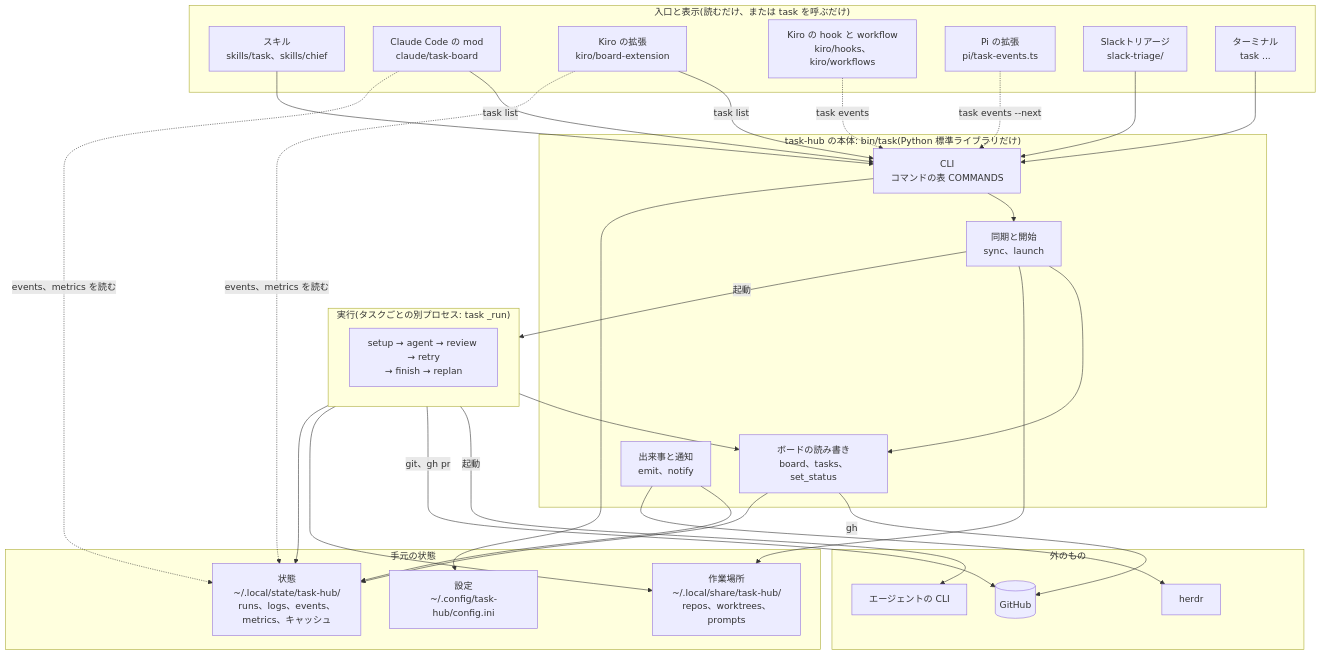
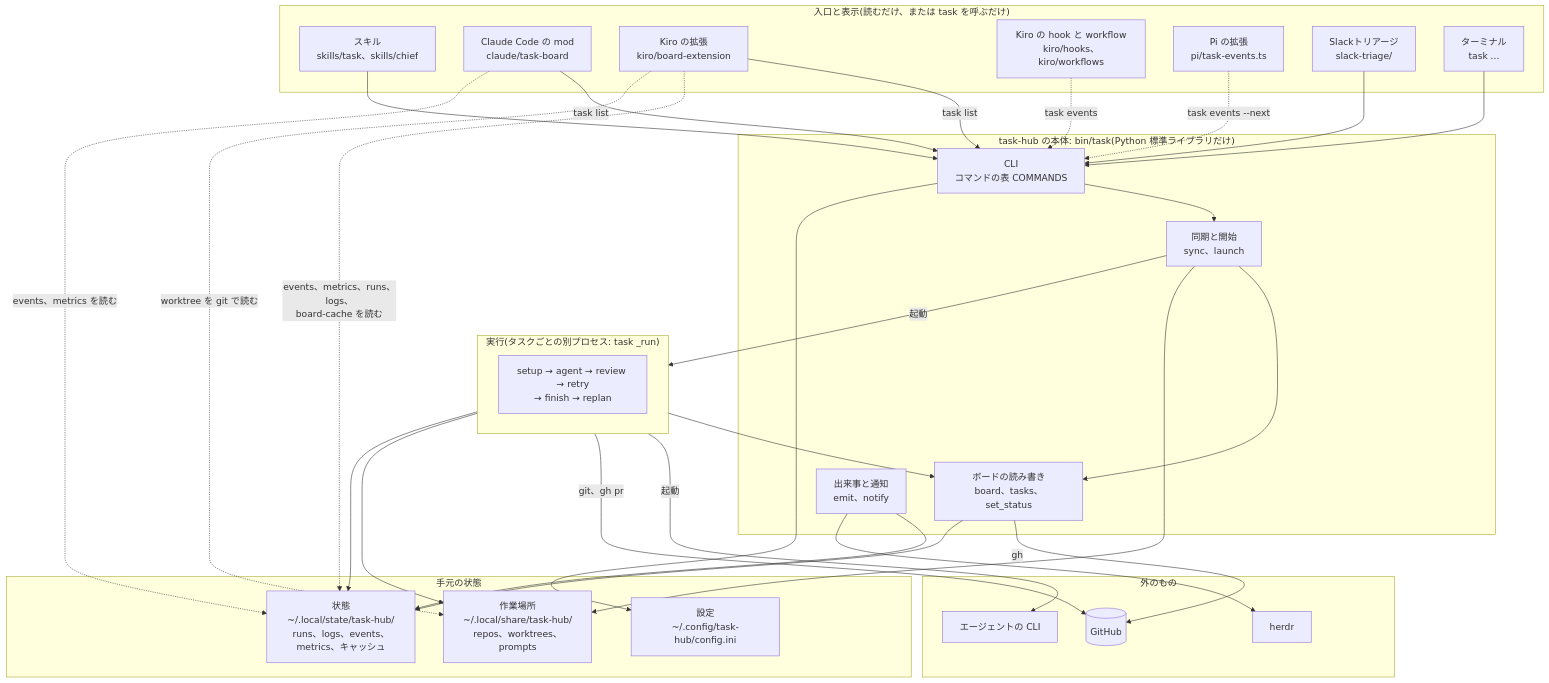
The second of 6 diagrams in docs/architecture/hld.md (jyoka/task-hub), drawn with Mermaid before and after one commit. The commit also changed other lines of this file and 15 other files, not shown here.

````diff
--- a/docs/architecture/hld.md
+++ b/docs/architecture/hld.md
@@ -48,59 +48,60 @@
 ```mermaid
 flowchart TB
     subgraph surfaces["入口と表示(読むだけ、または task を呼ぶだけ)"]
         skills["スキル<br/>skills/task、skills/chief"]
         mod["Claude Code の mod<br/>claude/task-board"]
         kext["Kiro の拡張<br/>kiro/board-extension"]
         khook["Kiro の hook と workflow<br/>kiro/hooks、kiro/workflows"]
         piext["Pi の拡張<br/>pi/task-events.ts"]
         triage["Slackトリアージ<br/>slack-triage/"]
         term["ターミナル<br/>task ..."]
     end
 
     subgraph core["task-hub の本体: bin/task(Python 標準ライブラリだけ)"]
         cli["CLI<br/>コマンドの表 COMMANDS"]
         sync["同期と開始<br/>sync、launch"]
         board["ボードの読み書き<br/>board、tasks、set_status"]
         notify["出来事と通知<br/>emit、notify"]
     end
 
     subgraph runner["実行(タスクごとの別プロセス: task _run)"]
         pipe["setup → agent → review → retry<br/>→ finish → replan"]
     end
 
     subgraph local["手元の状態"]
         cfg["設定<br/>~/.config/task-hub/config.ini"]
         state["状態<br/>~/.local/state/task-hub/<br/>runs、logs、events、metrics、キャッシュ"]
         data["作業場所<br/>~/.local/share/task-hub/<br/>repos、worktrees、prompts"]
     end
 
     subgraph ext["外のもの"]
         gh[("GitHub")]
         agents["エージェントの CLI"]
         herdr["herdr"]
     end
 
     skills --> cli
     term --> cli
     triage --> cli
     mod -- "task list" --> cli
     kext -- "task list" --> cli
     mod -. "events、metrics を読む" .-> state
-    kext -. "events、metrics を読む" .-> state
+    kext -. "events、metrics、runs、logs、<br/>board-cache を読む" .-> state
+    kext -. "worktree を git で読む" .-> data
     khook -. "task events" .-> cli
     piext -. "task events --next" .-> cli
     cli --> sync
     sync --> board
     sync -- "起動" --> runner
     board -- "gh" --> gh
     runner --> board
     runner -- "起動" --> agents
     runner -- "git、gh pr" --> gh
     runner --> data
     sync --> data
     notify --> state
     notify --> herdr
     board --> state
     runner --> state
     cli --> cfg
 ```
````
